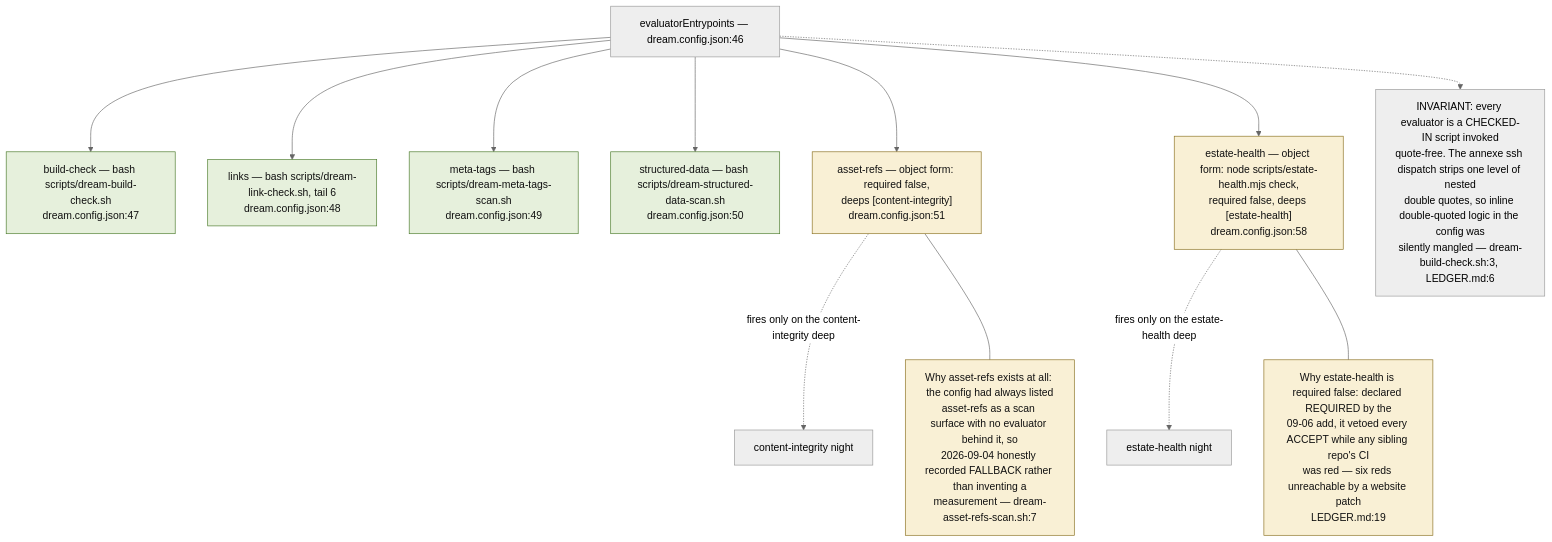
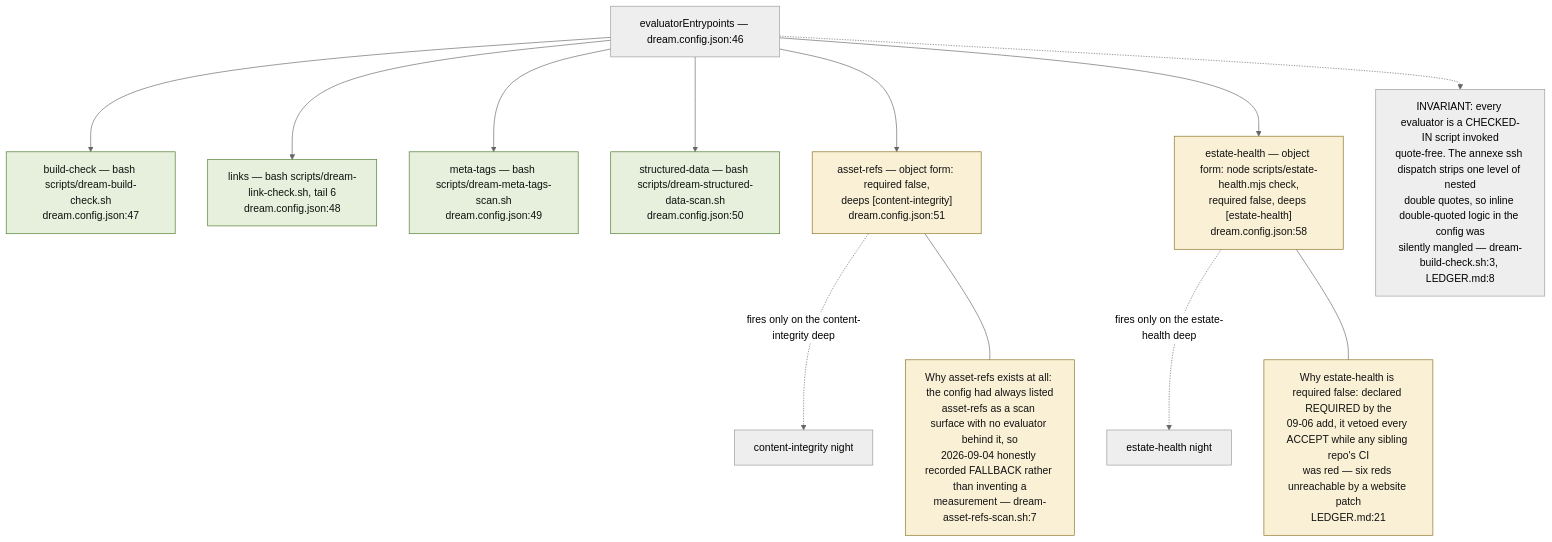
The third of 9 diagrams in docs/diagrams/visionflow/04-dream-cycle-integration.md (DreamLab-AI/VisionFlow), drawn with Mermaid (neutral theme) before and after one commit. The commit also changed other lines of this file and 136 other files, not shown here.

First line of the commit message:
docs(diagrams): refresh the whole corpus to code HEAD and prune low-value diagrams

````diff
--- a/docs/diagrams/visionflow/04-dream-cycle-integration.md
+++ b/docs/diagrams/visionflow/04-dream-cycle-integration.md
@@ -94,27 +93,27 @@
 ```mermaid
 flowchart TB
     classDef always fill:#e6f0dc,stroke:#4a7a2a,color:#111
     classDef scoped fill:#f9f0d5,stroke:#8a7020,color:#111
 
     EE["evaluatorEntrypoints — dream.config.json:46"]
 
     EE --> A1["build-check — bash scripts/dream-build-check.sh<br/>dream.config.json:47"]:::always
     EE --> A2["links — bash scripts/dream-link-check.sh, tail 6<br/>dream.config.json:48"]:::always
     EE --> A3["meta-tags — bash scripts/dream-meta-tags-scan.sh<br/>dream.config.json:49"]:::always
     EE --> A4["structured-data — bash scripts/dream-structured-data-scan.sh<br/>dream.config.json:50"]:::always
 
     EE --> S1["asset-refs — object form: required false,<br/>deeps [content-integrity]<br/>dream.config.json:51"]:::scoped
     EE --> S2["estate-health — object form: node scripts/estate-health.mjs check,<br/>required false, deeps [estate-health]<br/>dream.config.json:58"]:::scoped
 
     S1 -.->|"fires only on the content-integrity deep"| D1["content-integrity night"]
     S2 -.->|"fires only on the estate-health deep"| D2["estate-health night"]
 
     WHY["Why asset-refs exists at all: the config had always listed<br/>asset-refs as a scan surface with no evaluator behind it, so<br/>2026-09-04 honestly recorded FALLBACK rather than inventing a<br/>measurement — dream-asset-refs-scan.sh:7"]:::scoped
     S1 --- WHY
 
-    WHY2["Why estate-health is required false: declared REQUIRED by the<br/>09-06 add, it vetoed every ACCEPT while any sibling repo's CI<br/>was red — six reds unreachable by a website patch<br/>LEDGER.md:19"]:::scoped
+    WHY2["Why estate-health is required false: declared REQUIRED by the<br/>09-06 add, it vetoed every ACCEPT while any sibling repo's CI<br/>was red — six reds unreachable by a website patch<br/>LEDGER.md:21"]:::scoped
     S2 --- WHY2
 
-    SHELL["INVARIANT: every evaluator is a CHECKED-IN script invoked<br/>quote-free. The annexe ssh dispatch strips one level of nested<br/>double quotes, so inline double-quoted logic in the config was<br/>silently mangled — dream-build-check.sh:3, LEDGER.md:6"]
+    SHELL["INVARIANT: every evaluator is a CHECKED-IN script invoked<br/>quote-free. The annexe ssh dispatch strips one level of nested<br/>double quotes, so inline double-quoted logic in the config was<br/>silently mangled — dream-build-check.sh:3, LEDGER.md:8"]
     EE -.-> SHELL
 ```
````
